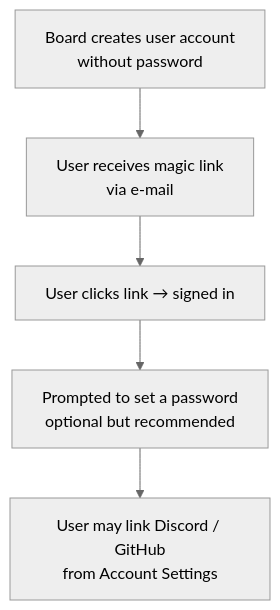
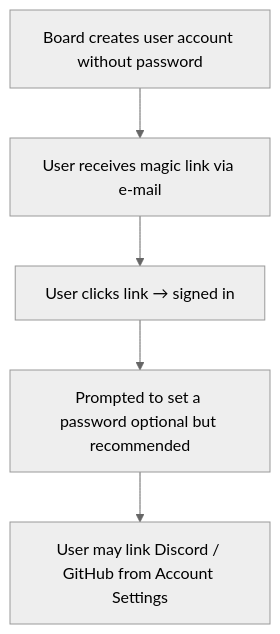
One commit to TeamClockworks-RO108/Wiki changed the first of 2 diagrams in Infrastructure/alacrity-wiki.md. Above: the diagram before and after it, drawn with Mermaid (neutral theme). The commit also changed other lines of this file, not shown here.

Commit message:
docs: update Infrastructure/alacrity-wiki

````diff
--- a/Infrastructure/alacrity-wiki.md
+++ b/Infrastructure/alacrity-wiki.md
@@ -113,7 +113,7 @@
 ```mermaid
 flowchart TD
-    A[Board creates user account\nwithout password] --> B[User receives magic link\nvia e-mail]
+    A[Board creates user account without password] --> B[User receives magic link via e-mail]
     B --> C[User clicks link → signed in]
-    C --> D[Prompted to set a password\noptional but recommended]
-    D --> E[User may link Discord / GitHub\nfrom Account Settings]
+    C --> D[Prompted to set a password optional but recommended]
+    D --> E[User may link Discord / GitHub from Account Settings]
 ```
````
